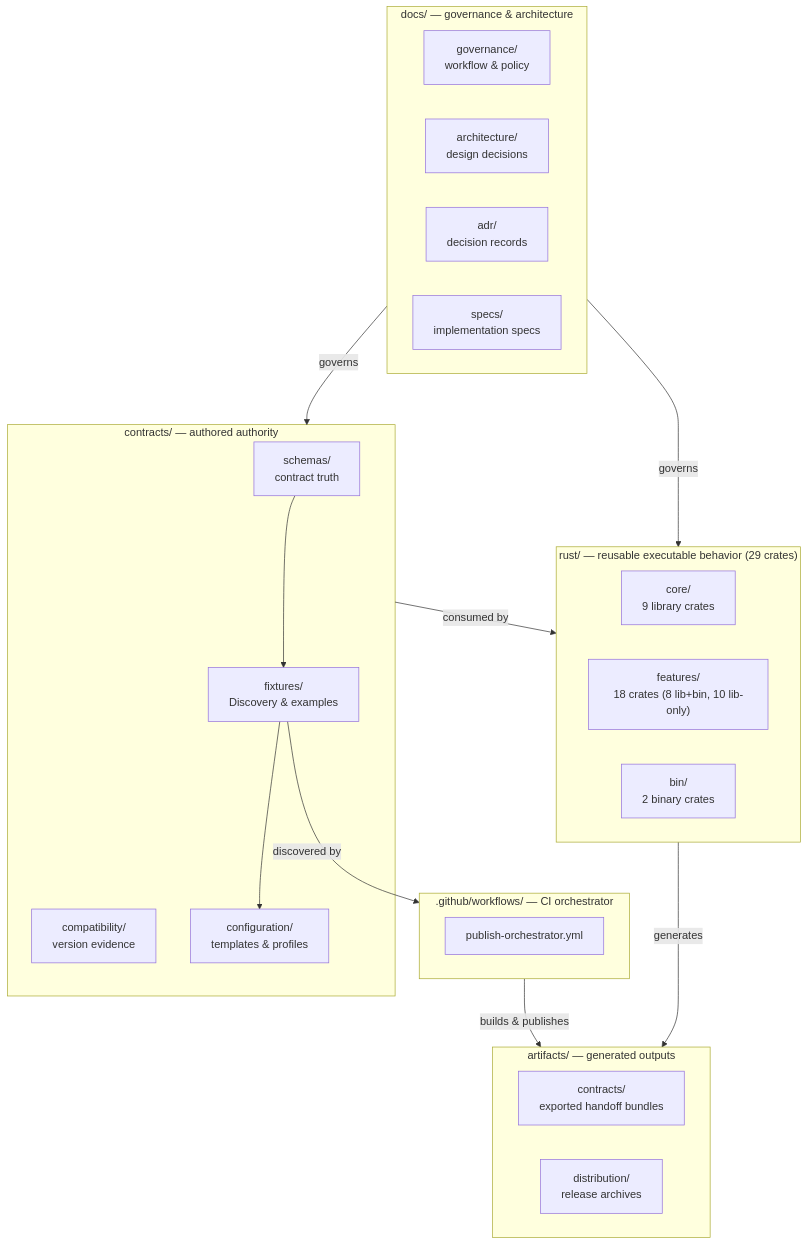
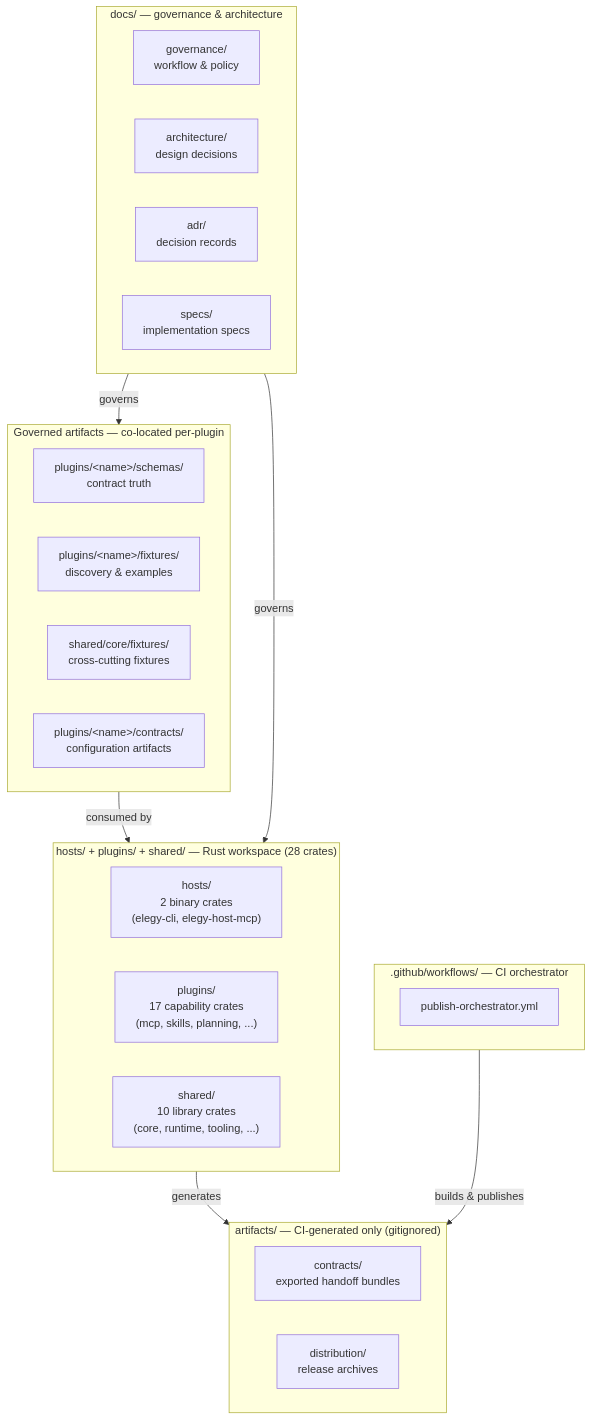
Before and after one commit to Sofreshx/Elegy: the first of 3 diagrams in docs/architecture/ecosystem-topology.md, drawn with Mermaid. The commit also changed other lines of this file and 119 other files, not shown here.

First line of the commit message:
refactor: co-locate artifacts with plugins, dissolve shared/contracts

````diff
--- a/docs/architecture/ecosystem-topology.md
+++ b/docs/architecture/ecosystem-topology.md
@@ -29,40 +29,37 @@
 ```mermaid
 flowchart TD
-    subgraph governed["contracts/ — authored authority"]
-        schemas["schemas/\ncontract truth"]
-        fixtures["fixtures/\nDiscovery & examples"]
-        compat["compatibility/\nversion evidence"]
-        config["configuration/\ntemplates & profiles"]
+    subgraph governed["Governed artifacts — co-located per-plugin"]
+        schemas["plugins/&lt;name&gt;/schemas/\ncontract truth"]
+        fixtures_plugin["plugins/&lt;name&gt;/fixtures/\ndiscovery & examples"]
+        crosscuts["shared/core/fixtures/\ncross-cutting fixtures"]
+        config["plugins/&lt;name&gt;/contracts/\nconfiguration artifacts"]
     end
 
-    subgraph rust["rust/ — reusable executable behavior (29 crates)"]
-        core["core/\n9 library crates"]
-        features["features/\n18 crates (8 lib+bin, 10 lib-only)"]
-        bin["bin/\n2 binary crates"]
+    subgraph exec["hosts/ + plugins/ + shared/ — Rust workspace (28 crates)"]
+        hosts["hosts/\n2 binary crates\n(elegy-cli, elegy-host-mcp)"]
+        plugins["plugins/\n17 capability crates\n(mcp, skills, planning, ...)"]
+        shared["shared/\n10 library crates\n(core, runtime, tooling, ...)"]
     end
 
     subgraph docs["docs/ — governance & architecture"]
         governance["governance/\nworkflow & policy"]
         architecture["architecture/\ndesign decisions"]
         adr["adr/\ndecision records"]
         specs["specs/\nimplementation specs"]
     end
 
-    subgraph derived["artifacts/ — generated outputs"]
+    subgraph derived["artifacts/ — CI-generated only (gitignored)"]
         bundles["contracts/\nexported handoff bundles"]
         dist["distribution/\nrelease archives"]
     end
 
     subgraph ci[".github/workflows/ — CI orchestrator"]
         orchestrator["publish-orchestrator.yml"]
     end
 
-    schemas --> fixtures
-    fixtures --> config
-    governed -->|"consumed by"| rust
-    rust -->|"generates"| derived
+    governed -->|"consumed by"| exec
+    exec -->|"generates"| derived
     docs -->|"governs"| governed
-    docs -->|"governs"| rust
-    fixtures -->|"discovered by"| ci
+    docs -->|"governs"| exec
     ci -->|"builds & publishes"| derived
 ```
````
